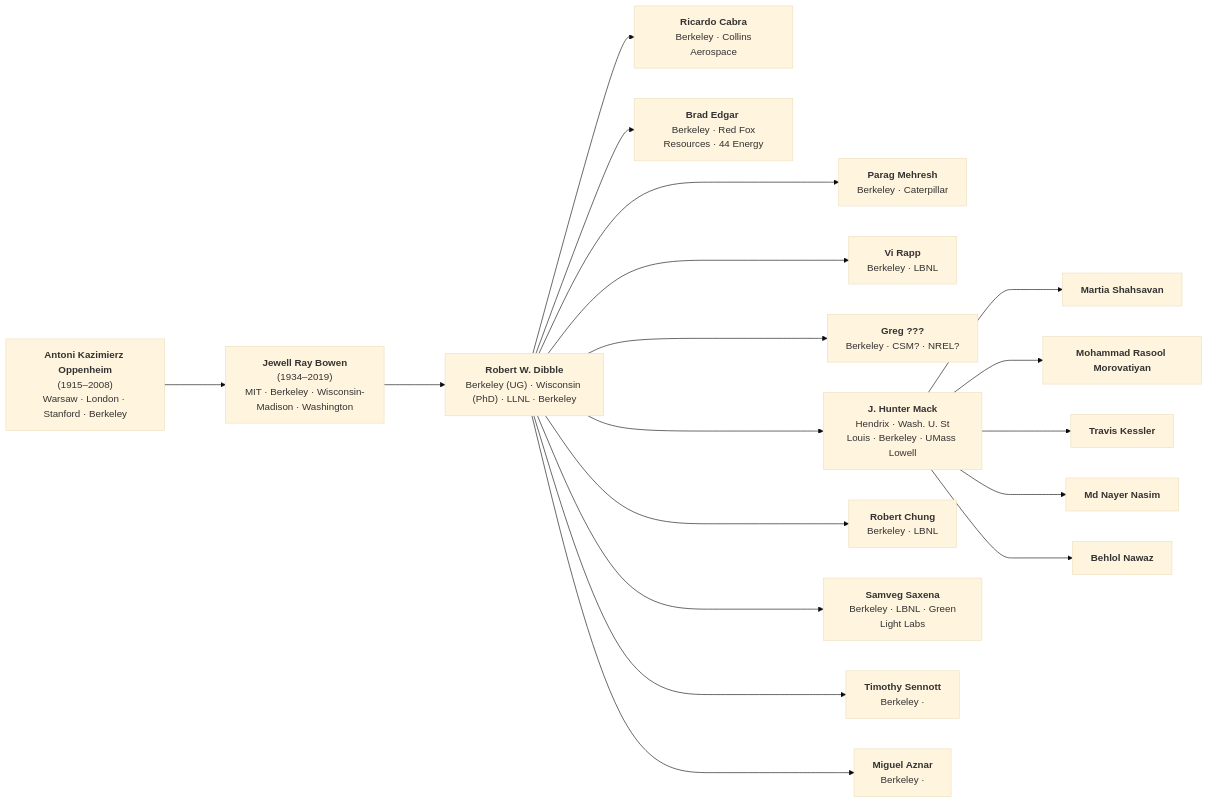
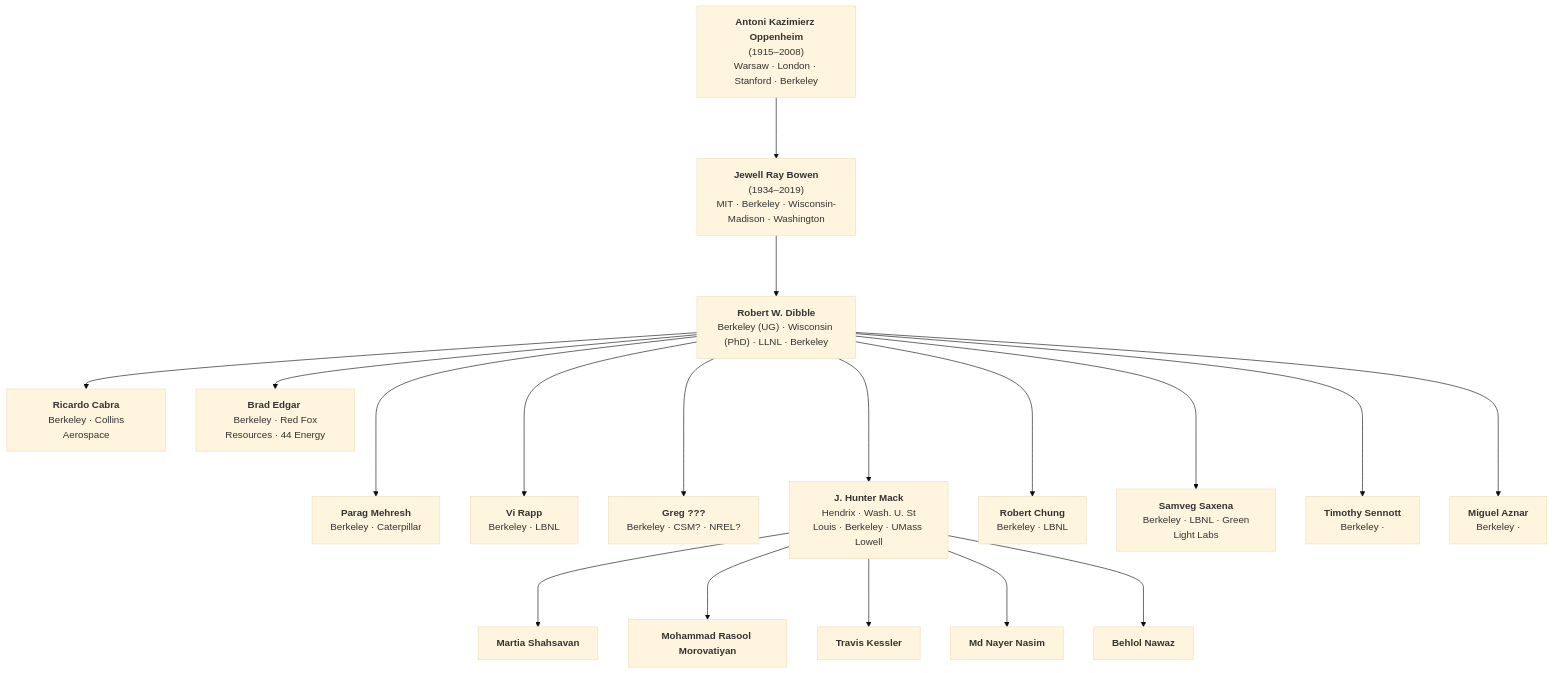
Before and after one commit to bnawaz95/ECRL-acad-tree: the diagram in acad_tree.md, drawn with Mermaid (base theme).

````diff
--- a/acad_tree.md
+++ b/acad_tree.md
@@ -1,45 +1,45 @@
 ```mermaid
-flowchart LR
+graph TD
     A["<b>Antoni Kazimierz Oppenheim</b><br/>(1915–2008)<br/>Warsaw · London · Stanford · Berkeley"]
 
     B["<b>Jewell Ray Bowen</b><br/>(1934–2019)<br/>MIT · Berkeley · Wisconsin-Madison · Washington"]
 
     C["<b>Robert W. Dibble</b><br/>Berkeley (UG) · Wisconsin (PhD) · LLNL · Berkeley"]
 
     D1["<b>Ricardo Cabra</b><br/> Berkeley · Collins Aerospace"]
     D2["<b>Parag Mehresh</b><br/> Berkeley · Caterpillar"]
     D3["<b>Vi Rapp</b><br/> Berkeley · LBNL"]
     D4["<b>Greg ???</b><br/> Berkeley · CSM? · NREL?"]
     D0["<b>J. Hunter Mack</b><br/> Hendrix · Wash. U. St Louis · Berkeley · UMass Lowell"]
     D5["<b>Brad Edgar </b><br/> Berkeley · Red Fox Resources · 44 Energy"]
     D6["<b>Robert Chung</b><br/> Berkeley · LBNL"]
     D7["<b>Samveg Saxena</b><br/> Berkeley · LBNL · Green Light Labs"]
     D8["<b>Timothy Sennott</b><br/> Berkeley · "]
     D9["<b>Miguel Aznar</b><br/> Berkeley · "]
 
     E["<b>Martia Shahsavan</b>"]
     F["<b>Mohammad Rasool Morovatiyan</b>"]
     G["<b>Travis Kessler</b>"]
     H["<b>Md Nayer Nasim</b>"]
     I["<b>Behlol Nawaz</b>"]
 
     A ---> B
     B ---> C
 
     C ---> D0
     C --> D1
     C ---> D2
     C ---> D3
     C ---> D4
     C --> D5
     C ---> D6
     C ---> D7
     C ---> D8
     C ---> D9
 
     D0 ---> E
     D0 ---> F
     D0 ---> G
     D0 ---> H
     D0 ---> I
 ```
````
